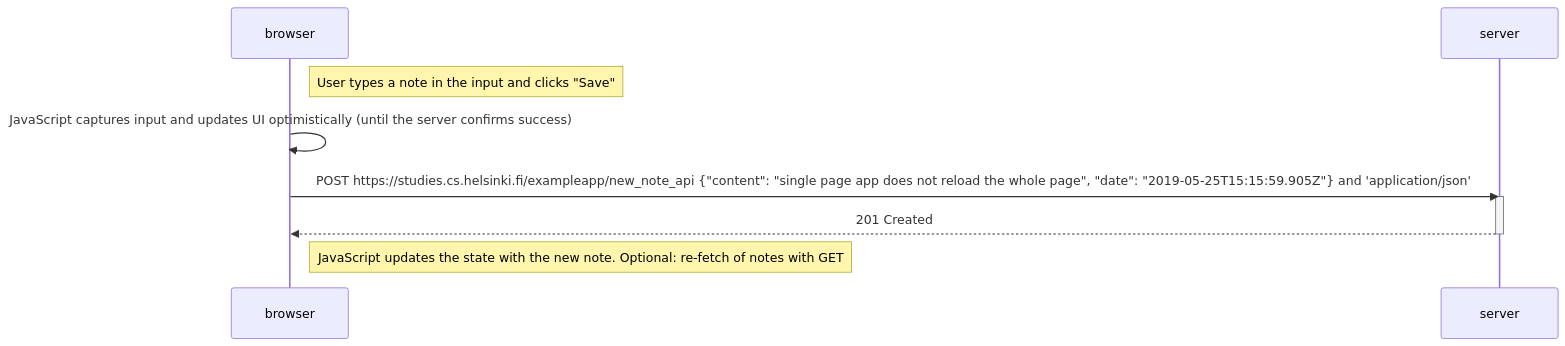
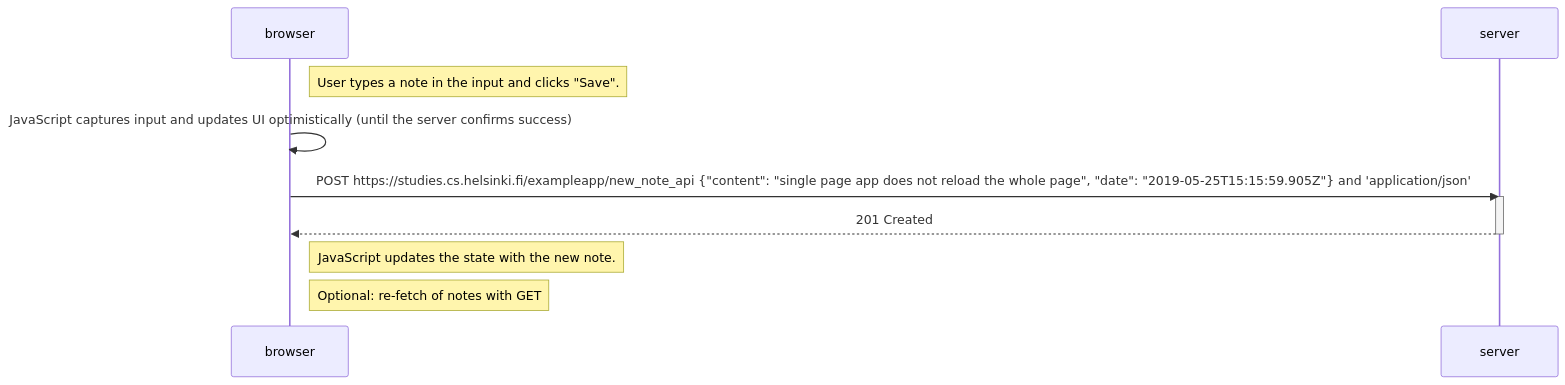
The diagram in part0/0.6: New note in Single page app diagram/index.md (GeorgiDS9/helsinki-open-full-stack-part0), drawn with Mermaid before and after one commit. The commit also changed other lines of this file and 3 other files, not shown here.

````diff
--- a/part0/0.6: New note in Single page app diagram/index.md
+++ b/part0/0.6: New note in Single page app diagram/index.md
@@ -1,16 +9,18 @@
 ```mermaid
 sequenceDiagram
     participant browser
     participant server
 
-    Note right of browser: User types a note in the input and clicks "Save"
+    Note right of browser: User types a note in the input and clicks "Save".
 
     browser->>browser: JavaScript captures input and updates UI optimistically (until the server confirms success)
 
     browser->>server: POST https://studies.cs.helsinki.fi/exampleapp/new_note_api {"content": "single page app does not reload the whole page", "date": "2019-05-25T15:15:59.905Z"} and 'application/json'
     activate server
     server-->>browser: 201 Created
     deactivate server
 
-    Note right of browser: JavaScript updates the state with the new note. Optional: re-fetch of notes with GET
+    Note right of browser: JavaScript updates the state with the new note.
+
+    Note right of browser: Optional: re-fetch of notes with GET
 ```
````
